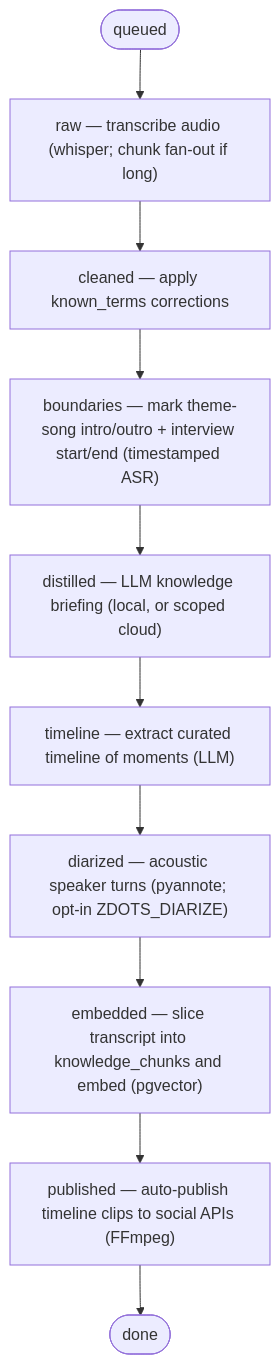
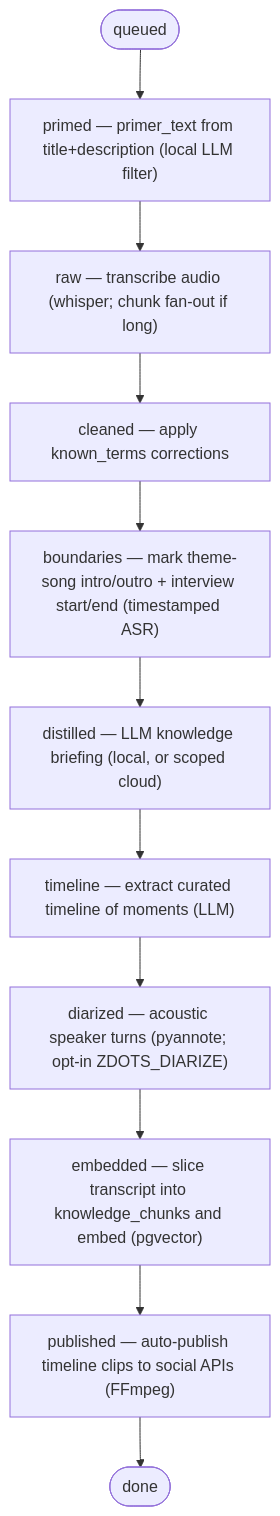
One commit to just3ws/zdots changed the diagram in docs/generated/ingest-pipeline.mmd. Above: the diagram before and after it, drawn with Mermaid. The commit also changed 82 other files, not shown here.

```diff
--- a/docs/generated/ingest-pipeline.mmd
+++ b/docs/generated/ingest-pipeline.mmd
@@ -1,18 +1,20 @@
 flowchart TD
-  queued([queued]) --> raw
+  queued([queued]) --> primed
+  primed["primed — primer_text from title+description (local LLM filter)"]
+  primed --> raw
   raw["raw — transcribe audio (whisper; chunk fan-out if long)"]
   raw --> cleaned
   cleaned["cleaned — apply known_terms corrections"]
   cleaned --> boundaries
   boundaries["boundaries — mark theme-song intro/outro + interview start/end (timestamped ASR)"]
   boundaries --> distilled
   distilled["distilled — LLM knowledge briefing (local, or scoped cloud)"]
   distilled --> timeline
   timeline["timeline — extract curated timeline of moments (LLM)"]
   timeline --> diarized
   diarized["diarized — acoustic speaker turns (pyannote; opt-in ZDOTS_DIARIZE)"]
   diarized --> embedded
   embedded["embedded — slice transcript into knowledge_chunks and embed (pgvector)"]
   embedded --> published
   published["published — auto-publish timeline clips to social APIs (FFmpeg)"]
   published --> done([done])
```
